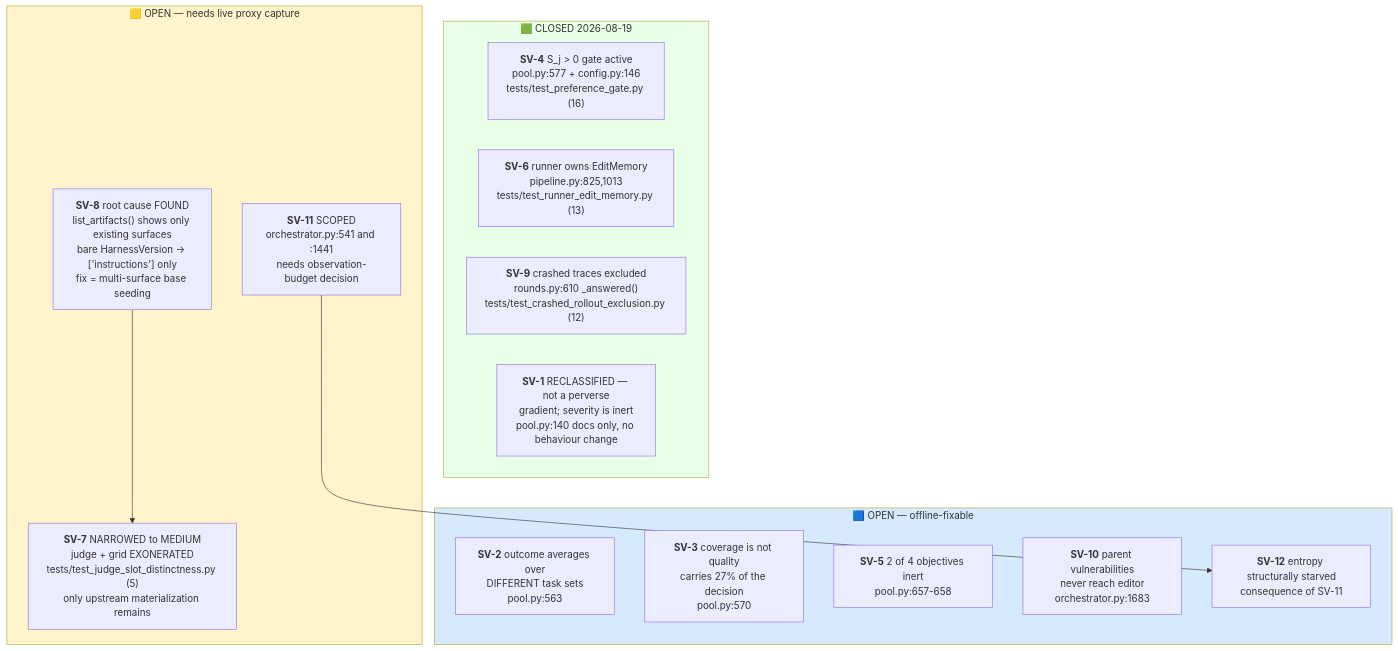
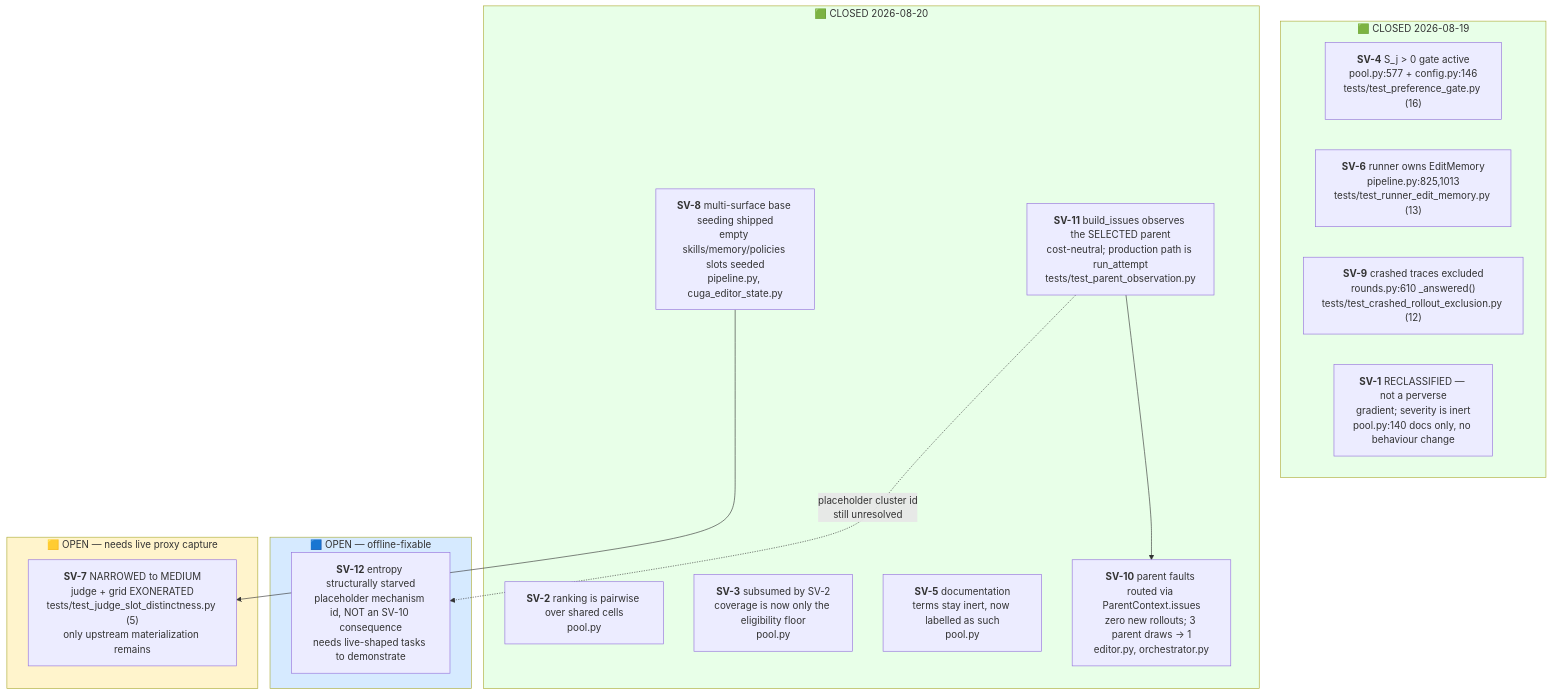
The seventh of 10 diagrams in docs/architecture/IMPLEMENTED-PIPELINE-MAP.md (one-little-step/AgentEvolve), drawn with Mermaid before and after one commit. The commit also changed other lines of this file and 65 other files, not shown here.

````diff
--- a/docs/architecture/IMPLEMENTED-PIPELINE-MAP.md
+++ b/docs/architecture/IMPLEMENTED-PIPELINE-MAP.md
@@ -311,30 +322,35 @@
 ```mermaid
 flowchart TB
     subgraph CLOSED["🟩 CLOSED 2026-08-19"]
       S4["<b>SV-4</b> S_j > 0 gate active<br/>pool.py:577 + config.py:146<br/>tests/test_preference_gate.py (16)"]
       S6["<b>SV-6</b> runner owns EditMemory<br/>pipeline.py:825,1013<br/>tests/test_runner_edit_memory.py (13)"]
       S9["<b>SV-9</b> crashed traces excluded<br/>rounds.py:610 _answered()<br/>tests/test_crashed_rollout_exclusion.py (12)"]
       S1["<b>SV-1</b> RECLASSIFIED — not a perverse<br/>gradient; severity is inert<br/>pool.py:140 docs only, no behaviour change"]
     end
 
+    subgraph CLOSED2["🟩 CLOSED 2026-08-20"]
+      S2["<b>SV-2</b> ranking is pairwise over shared cells<br/>pool.py"]
+      S3["<b>SV-3</b> subsumed by SV-2<br/>coverage is now only the eligibility floor<br/>pool.py"]
+      S5["<b>SV-5</b> documentation<br/>terms stay inert, now labelled as such<br/>pool.py"]
+      S8["<b>SV-8</b> multi-surface base seeding shipped<br/>empty skills/memory/policies slots seeded<br/>pipeline.py, cuga_editor_state.py"]
+      S11["<b>SV-11</b> build_issues observes the SELECTED parent<br/>cost-neutral; production path is run_attempt<br/>tests/test_parent_observation.py"]
+      S10["<b>SV-10</b> parent faults routed via ParentContext.issues<br/>zero new rollouts; 3 parent draws -> 1<br/>editor.py, orchestrator.py"]
+    end
+
     subgraph OFFLINE["🟦 OPEN — offline-fixable"]
-      S2["<b>SV-2</b> outcome averages over<br/>DIFFERENT task sets<br/>pool.py:563"]
-      S3["<b>SV-3</b> coverage is not quality<br/>carries 27% of the decision<br/>pool.py:570"]
-      S5["<b>SV-5</b> 2 of 4 objectives inert<br/>pool.py:657-658"]
-      S10["<b>SV-10</b> parent vulnerabilities<br/>never reach editor<br/>orchestrator.py:1683"]
-      S12["<b>SV-12</b> entropy structurally starved<br/>consequence of SV-11"]
+      S12["<b>SV-12</b> entropy structurally starved<br/>placeholder mechanism id, NOT an SV-10 consequence<br/>needs live-shaped tasks to demonstrate"]
     end
 
     subgraph GATED["🟨 OPEN — needs live proxy capture"]
       S7["<b>SV-7</b> NARROWED to MEDIUM<br/>judge + grid EXONERATED<br/>tests/test_judge_slot_distinctness.py (5)<br/>only upstream materialization remains"]
-      S8["<b>SV-8</b> root cause FOUND<br/>list_artifacts() shows only existing surfaces<br/>bare HarnessVersion -> ['instructions'] only<br/>fix = multi-surface base seeding"]
-      S11["<b>SV-11</b> SCOPED<br/>orchestrator.py:541 and :1441<br/>needs observation-budget decision"]
     end
 
-    S11 --> S12
+    S11 --> S10
+    S11 -.->|"placeholder cluster id<br/>still unresolved"| S12
     S8 --> S7
 
     style CLOSED fill:#e8ffe8
+    style CLOSED2 fill:#e8ffe8
     style OFFLINE fill:#d6eaff
     style GATED fill:#fff4cc
 ```
````
